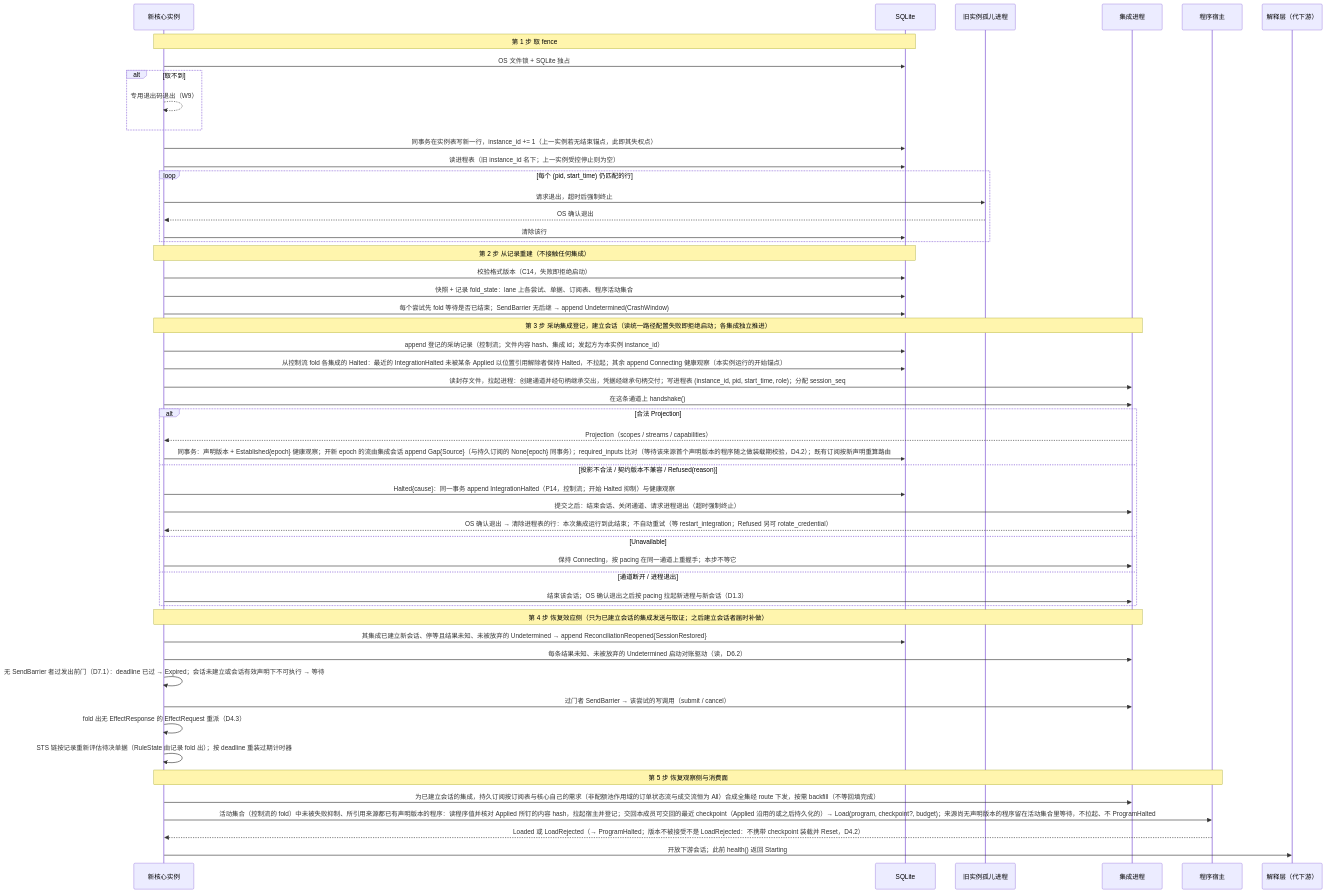
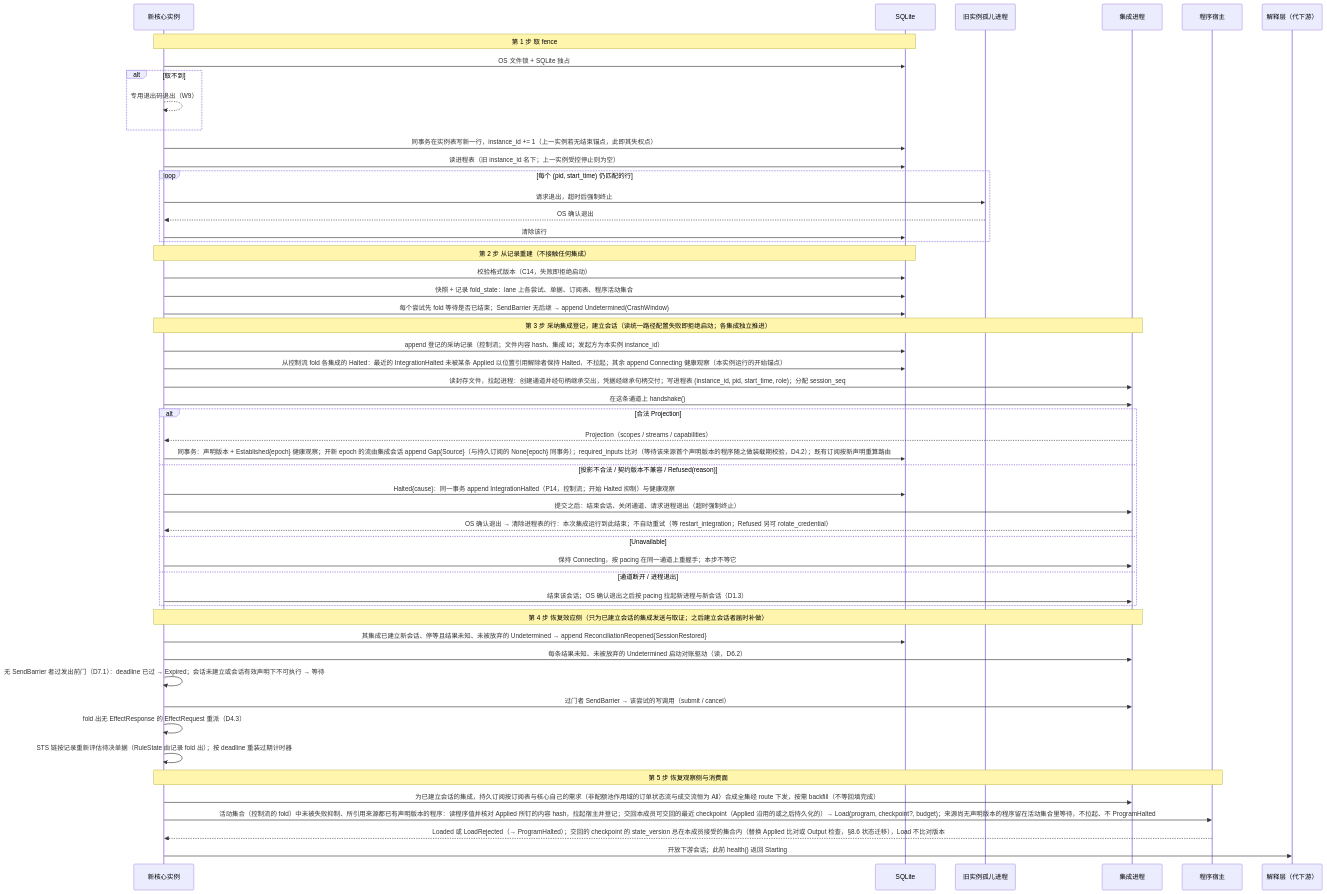
The second of 6 diagrams in design/diagrams/01-process-topology.md (mouriya-s-lab/uta), drawn with Mermaid before and after one commit. The commit also changed 7 other files, not shown here.

Commit message:
design: requests bound to their emitting program member, checkpoint version contract enforced on output, waiting members on replacement

````diff
--- a/design/diagrams/01-process-topology.md
+++ b/design/diagrams/01-process-topology.md
@@ -52,54 +52,54 @@
 ```mermaid
 sequenceDiagram
   participant N as 新核心实例
   participant DB as SQLite
   participant O as 旧实例孤儿进程
   participant I as 集成进程
   participant H as 程序宿主
   participant A as 解释层（代下游）
   Note over N,DB: 第 1 步 取 fence
   N->>DB: OS 文件锁 + SQLite 独占
   alt 取不到
     N-->>N: 专用退出码退出（W9）
   end
   N->>DB: 同事务在实例表写新一行，instance_id += 1（上一实例若无结束锚点，此即其失权点）
   N->>DB: 读进程表（旧 instance_id 名下；上一实例受控停止则为空）
   loop 每个 (pid, start_time) 仍匹配的行
     N->>O: 请求退出，超时后强制终止
     O-->>N: OS 确认退出
     N->>DB: 清除该行
   end
   Note over N,DB: 第 2 步 从记录重建（不接触任何集成）
   N->>DB: 校验格式版本（C14，失败即拒绝启动）
   N->>DB: 快照 + 记录 fold_state：lane 上各尝试、单据、订阅表、程序活动集合
   N->>DB: 每个尝试先 fold 等待是否已结束；SendBarrier 无后继 → append Undetermined(CrashWindow)
   Note over N,I: 第 3 步 采纳集成登记，建立会话（读统一路径配置失败即拒绝启动；各集成独立推进）
   N->>DB: append 登记的采纳记录（控制流；文件内容 hash、集成 id；发起方为本实例 instance_id）
   N->>DB: 从控制流 fold 各集成的 Halted：最近的 IntegrationHalted 未被某条 Applied 以位置引用解除者保持 Halted，不拉起；其余 append Connecting 健康观察（本实例运行的开始锚点）
   N->>I: 读封存文件，拉起进程：创建通道并经句柄继承交出，凭据经继承句柄交付；写进程表 (instance_id, pid, start_time, role)；分配 session_seq
   N->>I: 在这条通道上 handshake()
   alt 合法 Projection
     I-->>N: Projection（scopes / streams / capabilities）
     N->>DB: 同事务：声明版本 + Established{epoch} 健康观察；开新 epoch 的流由集成会话 append Gap{Source}（与持久订阅的 None{epoch} 同事务）；required_inputs 比对（等待该来源首个声明版本的程序随之做装载期校验，D4.2）；既有订阅按新声明重算路由
   else 投影不合法 / 契约版本不兼容 / Refused(reason)
     N->>DB: Halted{cause}：同一事务 append IntegrationHalted（P14，控制流；开始 Halted 抑制）与健康观察
     N->>I: 提交之后：结束会话、关闭通道、请求进程退出（超时强制终止）
     I-->>N: OS 确认退出 → 清除进程表的行：本次集成运行到此结束；不自动重试（等 restart_integration；Refused 另可 rotate_credential）
   else Unavailable
     N->>I: 保持 Connecting，按 pacing 在同一通道上重握手；本步不等它
   else 通道断开 / 进程退出
     N->>I: 结束该会话；OS 确认退出之后按 pacing 拉起新进程与新会话（D1.3）
   end
   Note over N,I: 第 4 步 恢复效应侧（只为已建立会话的集成发送与取证；之后建立会话者届时补做）
   N->>DB: 其集成已建立新会话、停等且结果未知、未被放弃的 Undetermined → append ReconciliationReopened{SessionRestored}
   N->>I: 每条结果未知、未被放弃的 Undetermined 启动对账驱动（读，D6.2）
   N->>N: 无 SendBarrier 者过发出前门（D7.1）：deadline 已过 → Expired；会话未建立或会话有效声明下不可执行 → 等待
   N->>I: 过门者 SendBarrier → 该尝试的写调用（submit / cancel）
   N->>N: fold 出无 EffectResponse 的 EffectRequest 重派（D4.3）
   N->>N: STS 链按记录重新评估待决单据（RuleState 由记录 fold 出）；按 deadline 重装过期计时器
   Note over N,H: 第 5 步 恢复观察侧与消费面
   N->>I: 为已建立会话的集成，持久订阅按订阅表与核心自己的需求（非配额池作用域的订单状态流与成交流恒为 All）合成全集经 route 下发，按需 backfill（不等回填完成）
   N->>H: 活动集合（控制流的 fold）中未被失败抑制、所引用来源都已有声明版本的程序：读程序值并核对 Applied 所钉的内容 hash，拉起宿主并登记；交回本成员可交回的最近 checkpoint（Applied 沿用的或之后持久化的）→ Load(program, checkpoint?, budget)；来源尚无声明版本的程序留在活动集合里等待，不拉起、不 ProgramHalted
-  H-->>N: Loaded 或 LoadRejected（→ ProgramHalted；版本不被接受不是 LoadRejected：不携带 checkpoint 装载并 Reset，D4.2）
+  H-->>N: Loaded 或 LoadRejected（→ ProgramHalted）；交回的 checkpoint 的 state_version 总在本成员接受的集合内（替换 Applied 比对或 Output 检查，§8.6 状态迁移），Load 不比对版本
   N->>A: 开放下游会话；此前 health() 返回 Starting
 ```
````
